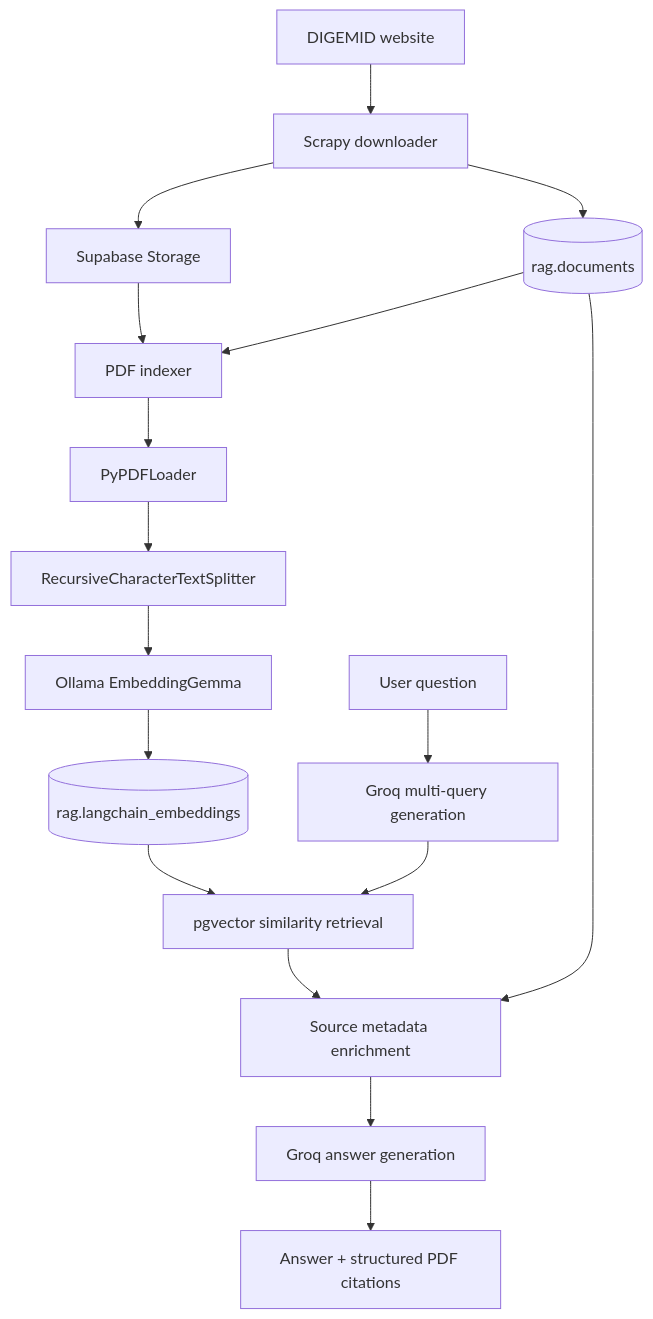
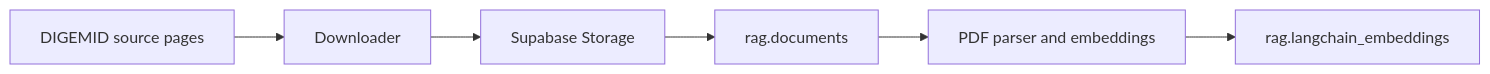
The second of 2 diagrams in README.md (jeanpzh/digemid-farmacite-rag), drawn with Mermaid before and after one commit. The commit also changed other lines of this file and 2 other files, not shown here.

````diff
--- a/README.md
+++ b/README.md
@@ -11,20 +103,8 @@
 ```mermaid
-flowchart TD
-    source[DIGEMID website] --> downloader[Scrapy downloader]
-    downloader --> storage[Supabase Storage]
-    downloader --> documents[(rag.documents)]
-    storage --> indexer[PDF indexer]
-    documents --> indexer
-    indexer --> parser[PyPDFLoader]
-    parser --> splitter[RecursiveCharacterTextSplitter]
-    splitter --> embeddings[Ollama EmbeddingGemma]
-    embeddings --> vectors[(rag.langchain_embeddings)]
-
-    question[User question] --> expansion[Groq multi-query generation]
-    expansion --> retrieval[pgvector similarity retrieval]
-    vectors --> retrieval
-    documents --> enrichment[Source metadata enrichment]
-    retrieval --> enrichment
-    enrichment --> answer[Groq answer generation]
-    answer --> response[Answer + structured PDF citations]
+flowchart LR
+    DIGEMID[DIGEMID source pages] --> Download[Downloader]
+    Download --> Storage[Supabase Storage]
+    Storage --> Documents[rag.documents]
+    Documents --> Index[PDF parser and embeddings]
+    Index --> Vectors[rag.langchain_embeddings]
 ```
````
